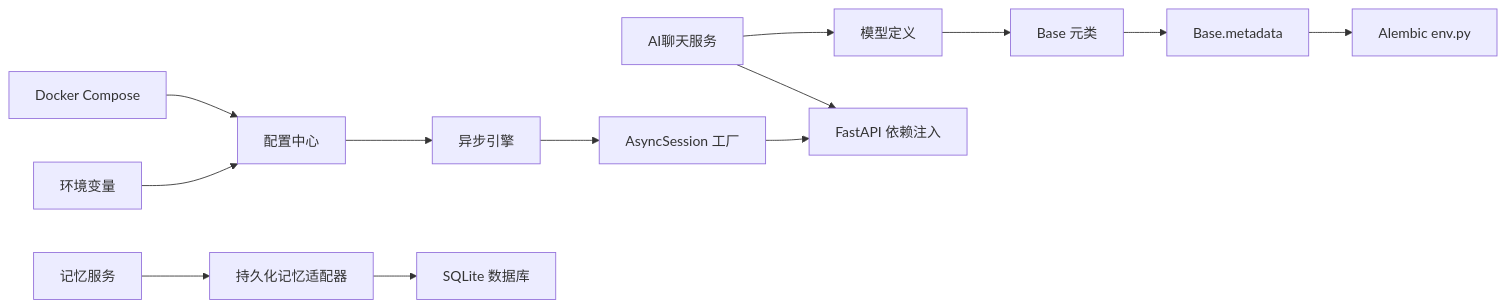
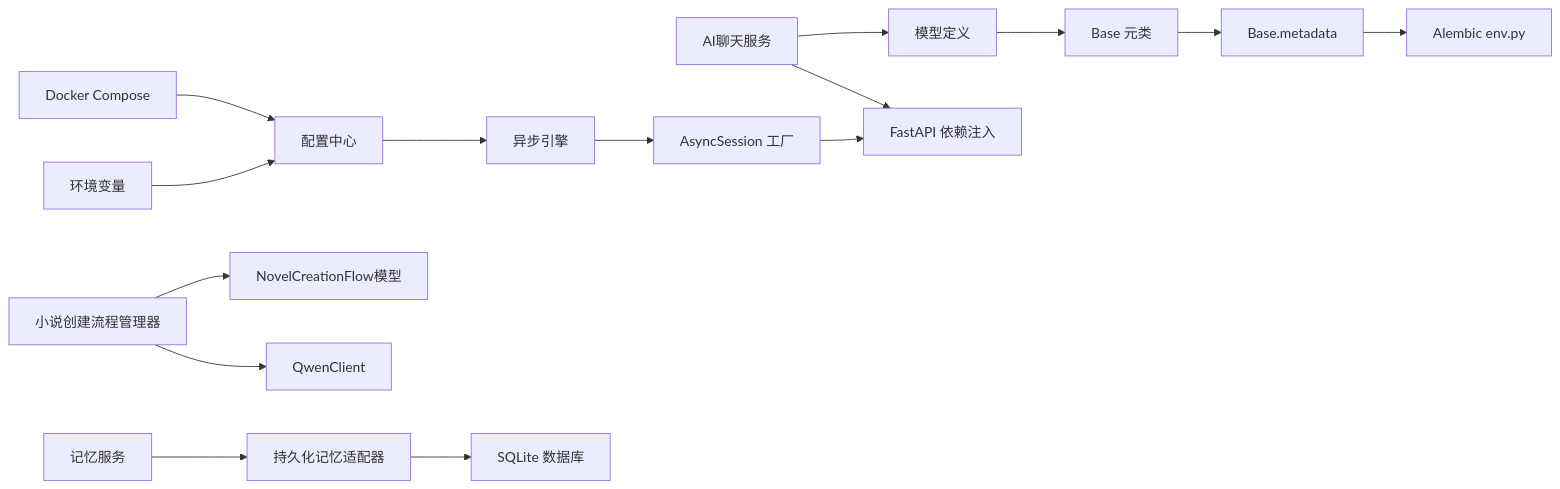
Diagram 11 of 11 in .qoder/repowiki/zh/content/后端架构/数据库设计.md (xfbyxq/ai-novel-system), drawn with Mermaid before and after one commit. The commit also changed other lines of this file and 84 other files, not shown here.

````diff
--- a/.qoder/repowiki/zh/content/后端架构/数据库设计.md
+++ b/.qoder/repowiki/zh/content/后端架构/数据库设计.md
@@ -571,15 +739,17 @@
 ```mermaid
 graph LR
 Models["模型定义"] --> Base["Base 元类"]
 Base --> Meta["Base.metadata"]
 Meta --> Env["Alembic env.py"]
 Config["配置中心"] --> Engine["异步引擎"]
 Engine --> Session["AsyncSession 工厂"]
 Session --> API["FastAPI 依赖注入"]
 AIChatService["AI聊天服务"] --> Models
 AIChatService --> API
+FlowManager["小说创建流程管理器"] --> NovelCreationFlow["NovelCreationFlow模型"]
+FlowManager --> QwenClient["QwenClient"]
 MemoryService["记忆服务"] --> NovelMemoryAdapter["持久化记忆适配器"]
 NovelMemoryAdapter --> SQLiteDB["SQLite 数据库"]
 EnvVars["环境变量"] --> Config
 Compose["Docker Compose"] --> Config
 ```
````
